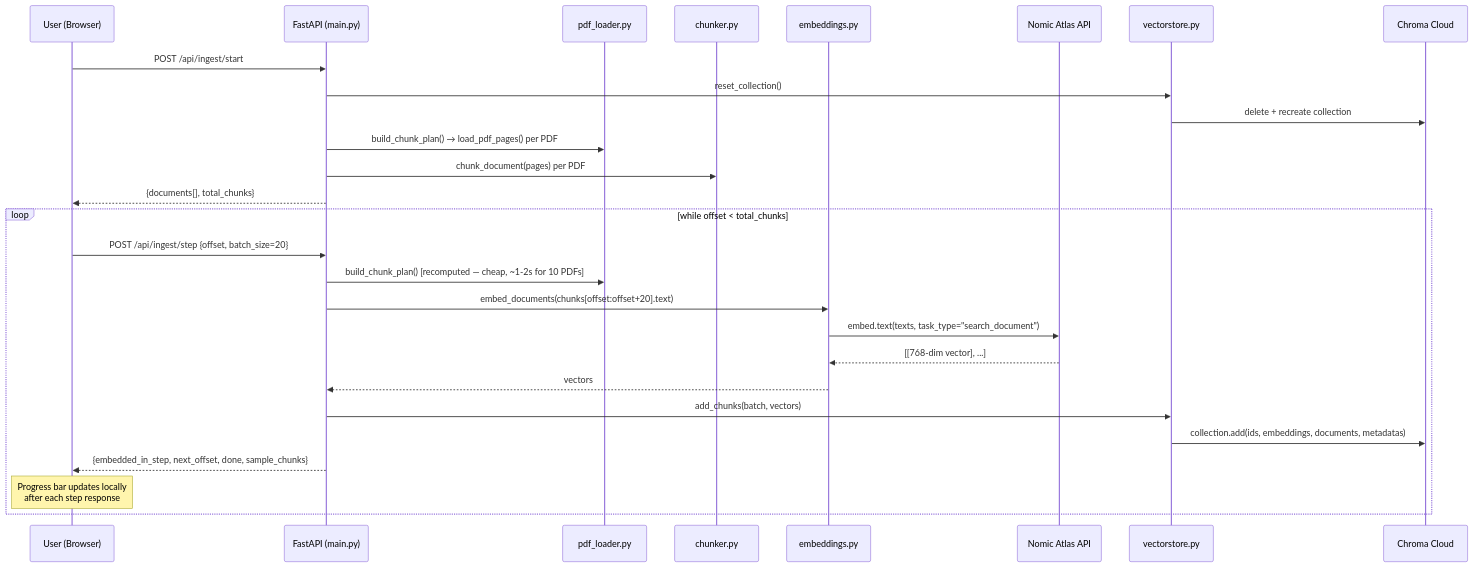
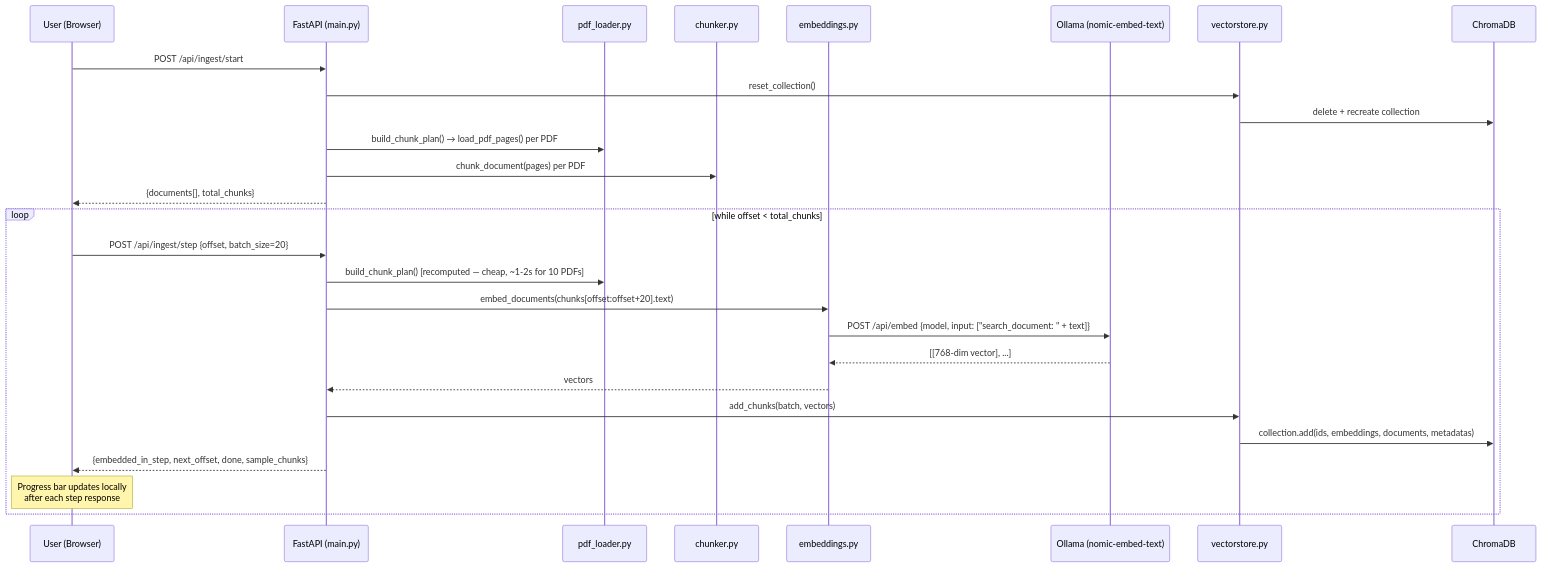
Before and after one commit to nitingawali27/rag-knowledge-explorer: the second of 6 diagrams in Flow_Control.md, drawn with Mermaid. The commit also changed other lines of this file and 14 other files, not shown here.

First line of the commit message:
Revert backend to local Ollama + local ChromaDB, drop Vercel deployment

````diff
--- a/Flow_Control.md
+++ b/Flow_Control.md
@@ -72,31 +71,31 @@
 ```mermaid
 sequenceDiagram
     participant U as User (Browser)
     participant API as FastAPI (main.py)
     participant PDF as pdf_loader.py
     participant CHK as chunker.py
     participant EMB as embeddings.py
-    participant NOM as Nomic Atlas API
+    participant OLL as Ollama (nomic-embed-text)
     participant VS as vectorstore.py
-    participant DB as Chroma Cloud
+    participant DB as ChromaDB
 
     U->>API: POST /api/ingest/start
     API->>VS: reset_collection()
     VS->>DB: delete + recreate collection
     API->>PDF: build_chunk_plan() → load_pdf_pages() per PDF
     API->>CHK: chunk_document(pages) per PDF
     API-->>U: {documents[], total_chunks}
 
     loop while offset < total_chunks
         U->>API: POST /api/ingest/step {offset, batch_size=20}
         API->>PDF: build_chunk_plan() [recomputed — cheap, ~1-2s for 10 PDFs]
         API->>EMB: embed_documents(chunks[offset:offset+20].text)
-        EMB->>NOM: embed.text(texts, task_type="search_document")
-        NOM-->>EMB: [[768-dim vector], ...]
+        EMB->>OLL: POST /api/embed {model, input: ["search_document: " + text]}
+        OLL-->>EMB: [[768-dim vector], ...]
         EMB-->>API: vectors
         API->>VS: add_chunks(batch, vectors)
         VS->>DB: collection.add(ids, embeddings, documents, metadatas)
         API-->>U: {embedded_in_step, next_offset, done, sample_chunks}
         Note over U: Progress bar updates locally<br/>after each step response
     end
 ```
````
